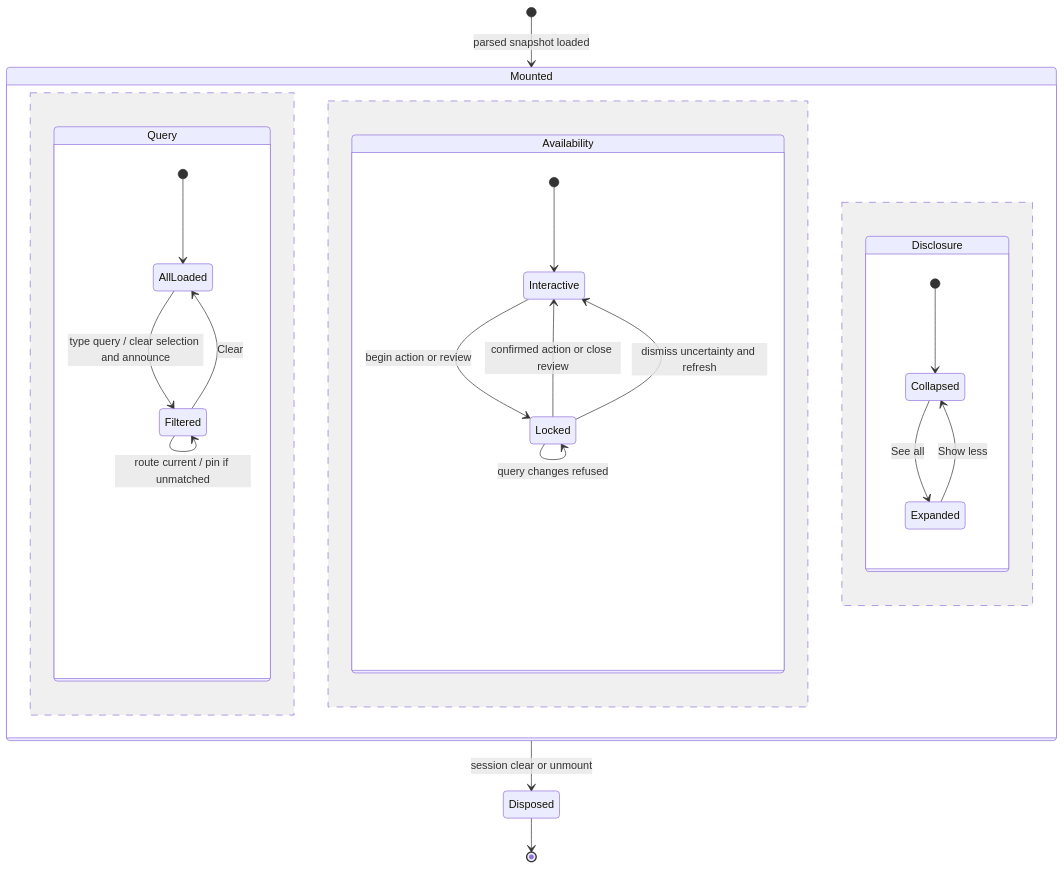
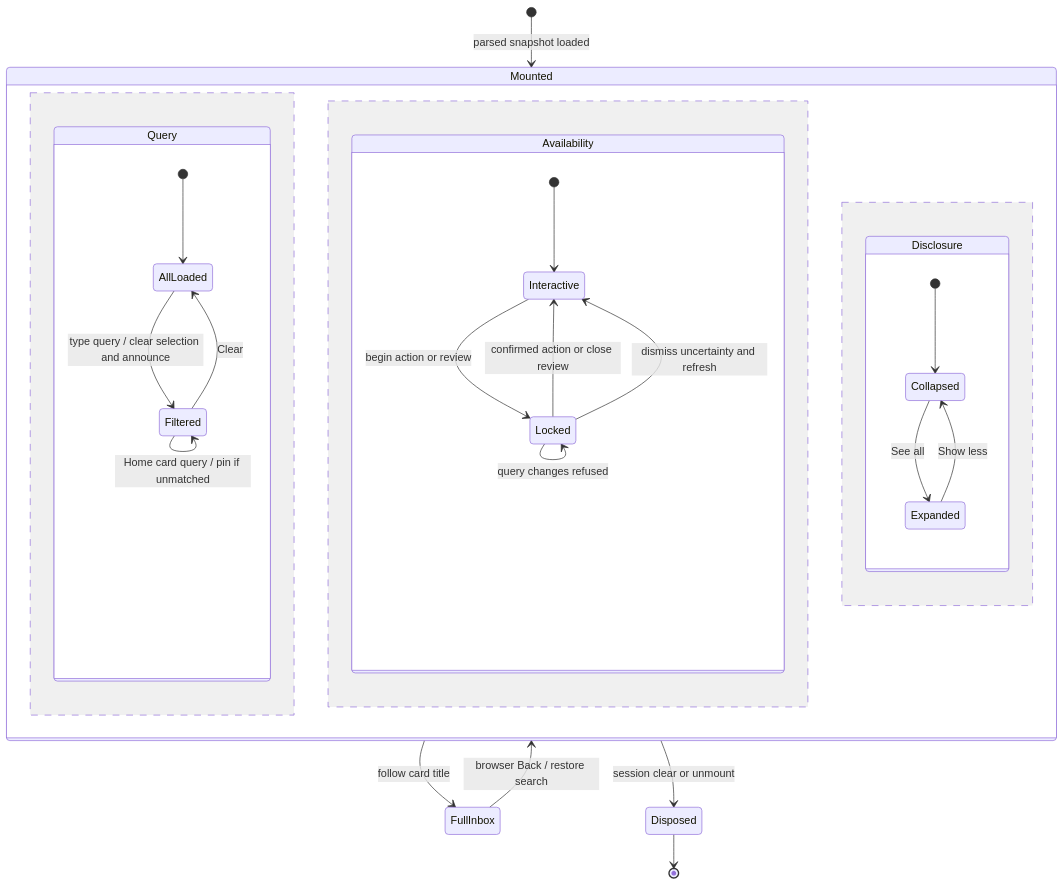
One commit to jbookout/doctorcre-app changed the diagram in docs/statecharts/home-loaded-card-search.mmd. Above: the diagram before and after it, drawn with Mermaid. The commit also changed 1 other file, not shown here.

Commit message:
Keep full Inbox navigation independent of Home search
The starting-page ref retained Home after card-title navigation and broke
its existing full Inbox journey. Derive layout from the router location.
Use an explicit Home card query for an unmatched pinned card.

Card: WR617.S35.J5

```diff
--- a/docs/statecharts/home-loaded-card-search.mmd
+++ b/docs/statecharts/home-loaded-card-search.mmd
@@ -1,28 +1,30 @@
 stateDiagram-v2
   [*] --> Mounted: parsed snapshot loaded
   state Mounted {
     state Query {
       [*] --> AllLoaded
       AllLoaded --> Filtered: type query / clear selection and announce
       Filtered --> Filtered: edit query / recompute literal subset
       Filtered --> AllLoaded: Clear
       Filtered --> Filtered: refresh / retain query and replace snapshot
-      Filtered --> Filtered: route current / pin if unmatched
+      Filtered --> Filtered: Home card query / pin if unmatched
     }
     --
     state Availability {
       [*] --> Interactive
       Interactive --> Locked: begin action or review
       Locked --> Locked: query changes refused
       Locked --> Interactive: confirmed action or close review
       Locked --> Interactive: dismiss uncertainty and refresh
     }
     --
     state Disclosure {
       [*] --> Collapsed
       Collapsed --> Expanded: See all
       Expanded --> Collapsed: Show less
     }
   }
+  Mounted --> FullInbox: follow card title
+  FullInbox --> Mounted: browser Back / restore search
   Mounted --> Disposed: session clear or unmount
   Disposed --> [*]
```
